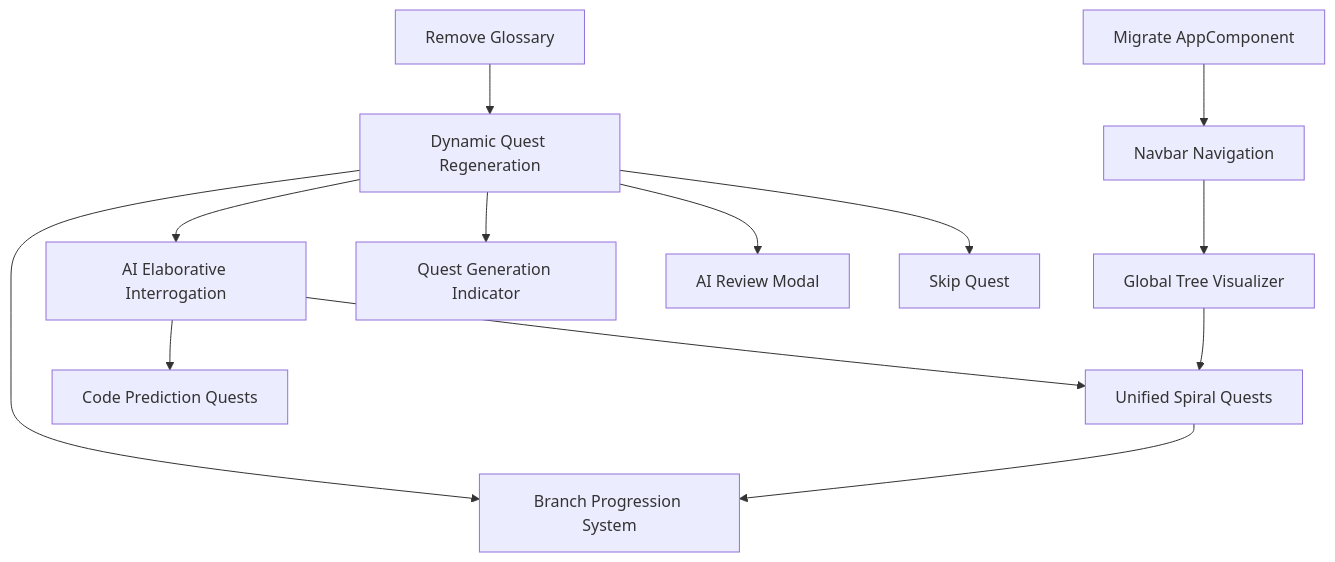
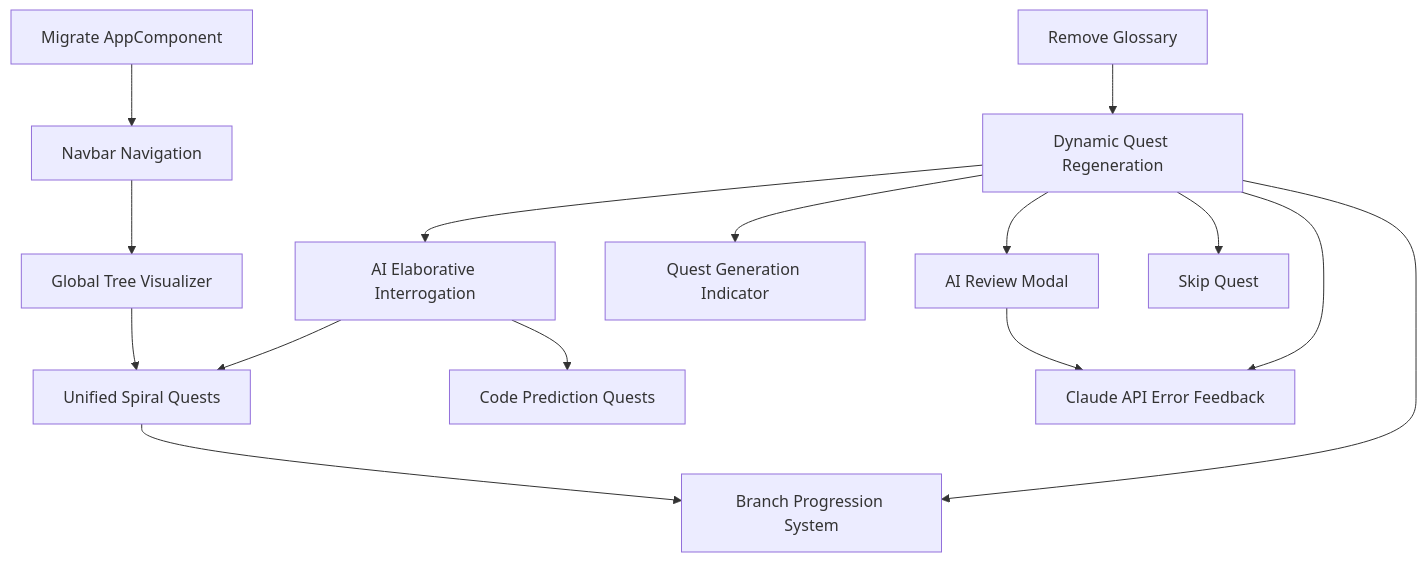
Before and after one commit to gocklkatz/cos-quest-master: the diagram in design/phase3/phase3_main.md, drawn with Mermaid. The commit also changed other lines of this file and 1 other file, not shown here.

First line of the commit message:
Docs: Add Phase 3 Feature F14 — Claude API Error Feedback

````diff
--- a/design/phase3/phase3_main.md
+++ b/design/phase3/phase3_main.md
@@ -65,15 +66,17 @@
 ```mermaid
 graph TD
     C1[Remove Glossary] --> F1[Dynamic Quest Regeneration]
     F1 --> F2[AI Elaborative Interrogation]
     F2 --> F5[Unified Spiral Quests]
     F2 --> F6[Code Prediction Quests]
     F4[Global Tree Visualizer] --> F5
     C4[Migrate AppComponent] --> C3
     C3[Navbar Navigation] --> F4
     F1 --> F9[Quest Generation Indicator]
     F1 --> F10[AI Review Modal]
     F1 --> F12[Branch Progression System]
     F5 --> F12
     F1 --> F13[Skip Quest]
+    F1 --> F14[Claude API Error Feedback]
+    F10 --> F14
 ```
````
